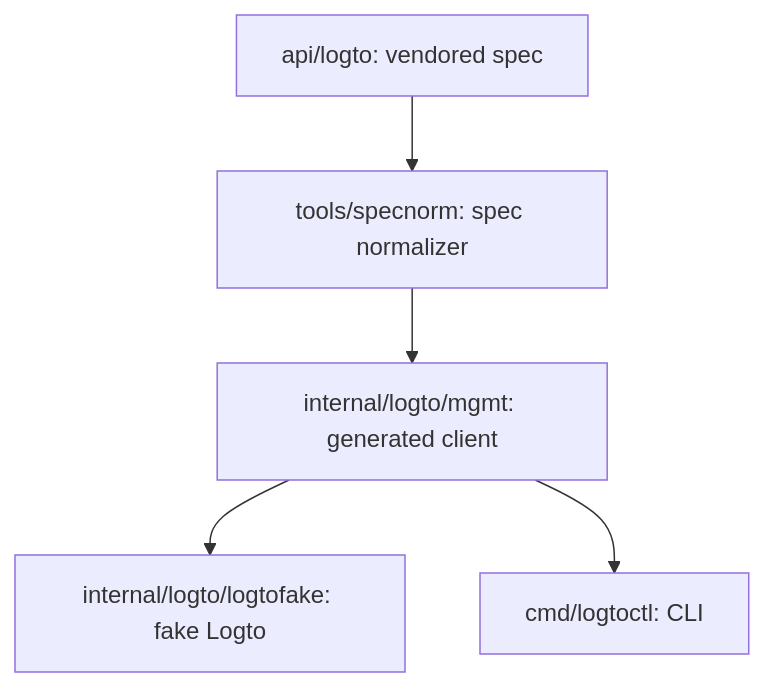
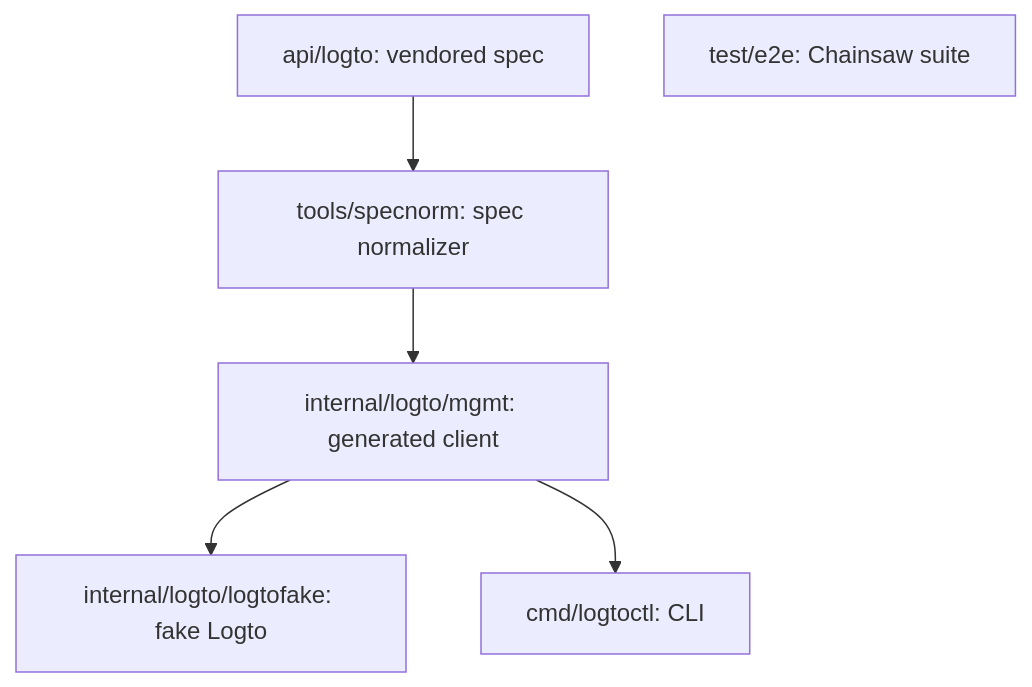
One commit to Aliud-Corp/logto-operator changed the diagram in aidd_docs/memory/codebase-map.md. Above: the diagram before and after it, drawn with Mermaid. The commit also changed other lines of this file and 8 other files, not shown here.

````diff
--- a/aidd_docs/memory/codebase-map.md
+++ b/aidd_docs/memory/codebase-map.md
@@ -3,11 +3,12 @@
 ```mermaid
 flowchart TD
     api["api/logto: vendored spec"]
     tools["tools/specnorm: spec normalizer"]
     mgmt["internal/logto/mgmt: generated client"]
     fake["internal/logto/logtofake: fake Logto"]
     cmd["cmd/logtoctl: CLI"]
+    e2e["test/e2e: Chainsaw suite"]
     api --> tools --> mgmt
     mgmt --> fake
     mgmt --> cmd
 ```
````
